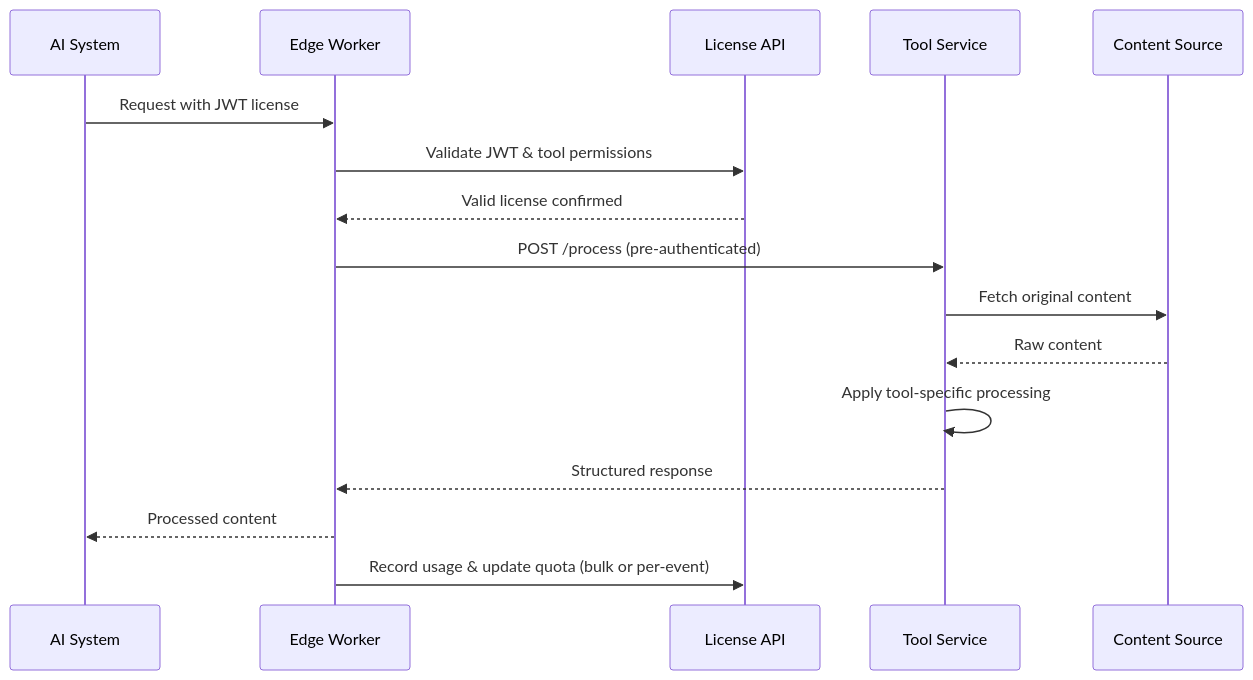
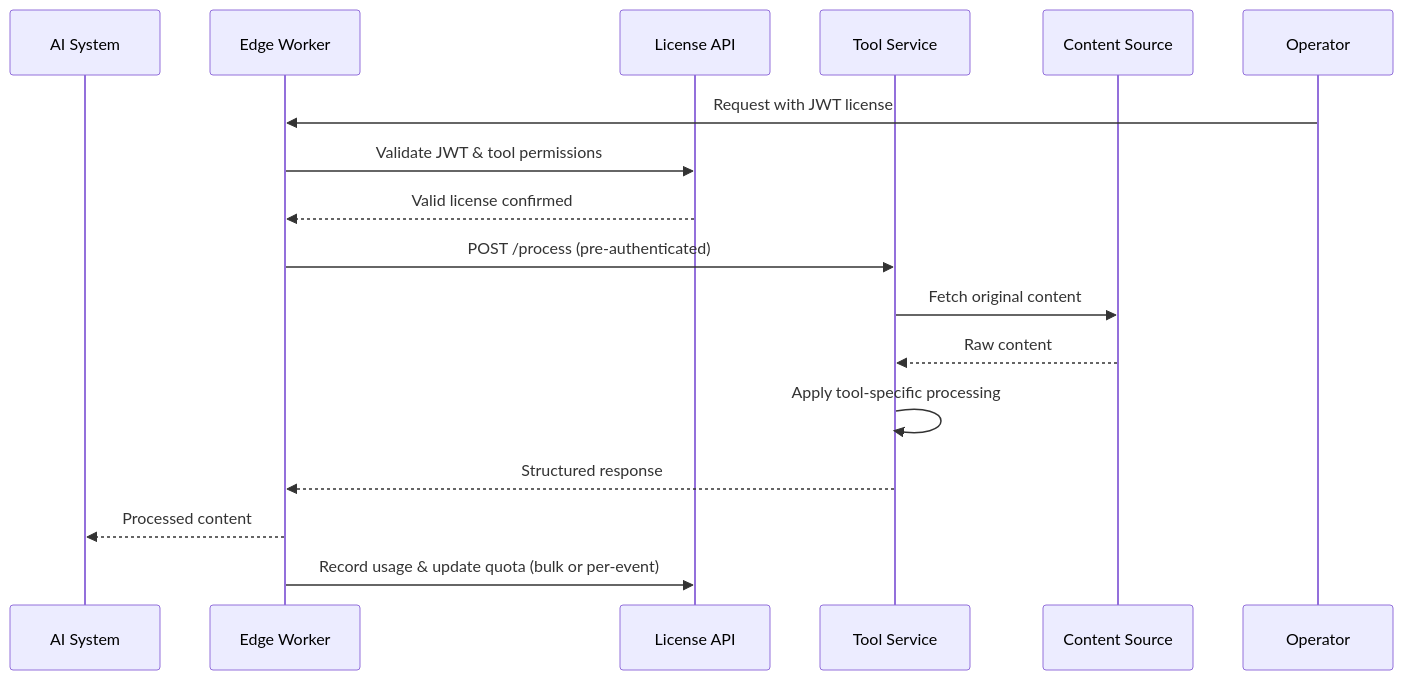
The second of 3 diagrams in docs/tool-service-api.md (PeekThenPay/peek-json-spec), drawn with Mermaid before and after one commit. The commit also changed other lines of this file and 32 other files, not shown here.

````diff
--- a/docs/tool-service-api.md
+++ b/docs/tool-service-api.md
@@ -80,19 +79,19 @@
 ```mermaid
 sequenceDiagram
   participant AI as AI System
-  participant Edge as Edge Worker
+  participant Enforcer as Edge Worker
   participant License as License API
   participant Service as Tool Service
   participant Content as Content Source
 
-  AI->>Edge: Request with JWT license
-  Edge->>License: Validate JWT & tool permissions
-  License-->>Edge: Valid license confirmed
-  Edge->>Service: POST /process (pre-authenticated)
+  Operator->>Enforcer: Request with JWT license
+  Enforcer->>License: Validate JWT & tool permissions
+  License-->>Enforcer: Valid license confirmed
+  Enforcer->>Service: POST /process (pre-authenticated)
   Service->>Content: Fetch original content
   Content-->>Service: Raw content
   Service->>Service: Apply tool-specific processing
-  Service-->>Edge: Structured response
-  Edge-->>AI: Processed content
-  Edge->>License: Record usage & update quota (bulk or per-event)
+  Service-->>Enforcer: Structured response
+  Enforcer-->>AI: Processed content
+  Enforcer->>License: Record usage & update quota (bulk or per-event)
 ```
````
